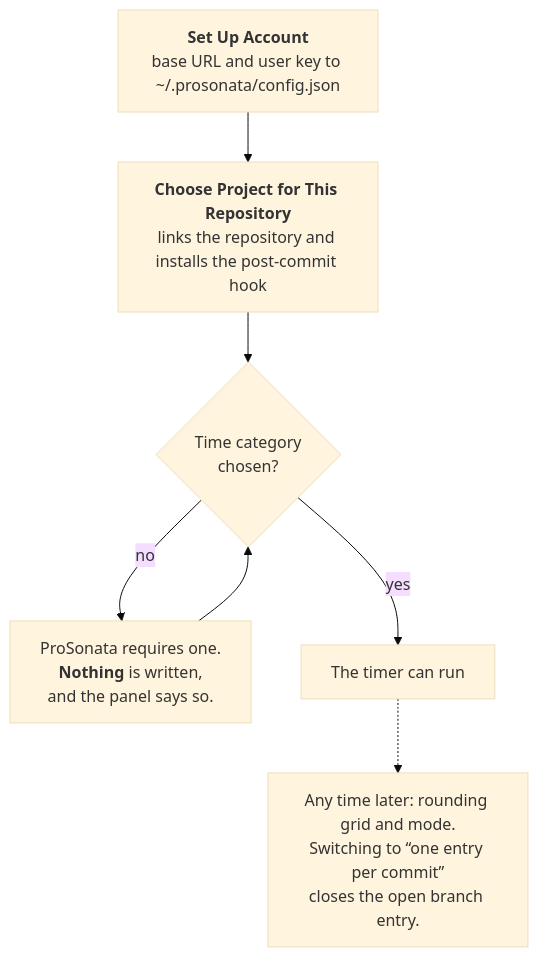
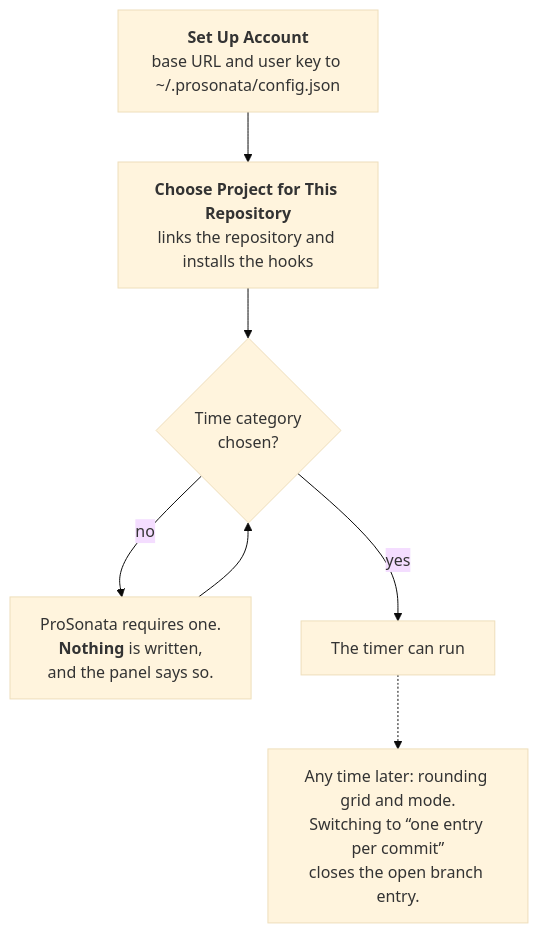
Before and after one commit to profitlich-ch/prosonata-vscode-tools: the first of 4 diagrams in README.md, drawn with Mermaid (base theme). The commit also changed other lines of this file and 14 other files, not shown here.

First line of the commit message:
Cut the running segment at a branch switch with a post-checkout hook

````diff
--- a/README.md
+++ b/README.md
@@ -64,11 +64,11 @@
 ```mermaid
 flowchart TD
     accTitle: Setup order: account, project, time category, then the timer can run
     A["<b>Set Up Account</b><br/>base URL and user key to ~/.prosonata/config.json"] --> B
-    B["<b>Choose Project for This Repository</b><br/>links the repository and installs the post-commit hook"] --> C
+    B["<b>Choose Project for This Repository</b><br/>links the repository and installs the hooks"] --> C
     C{"Time category<br/>chosen?"}
     C -- "no" --> D["ProSonata requires one.<br/><b>Nothing</b> is written,<br/>and the panel says so."]
     D --> C
     C -- "yes" --> E["The timer can run"]
     E -.-> F["Any time later: rounding grid and mode.<br/>Switching to “one entry per commit”<br/>closes the open branch entry."]
 ```
````
